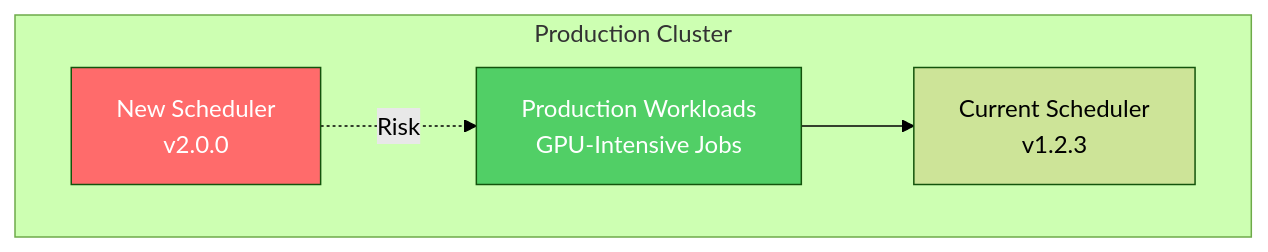
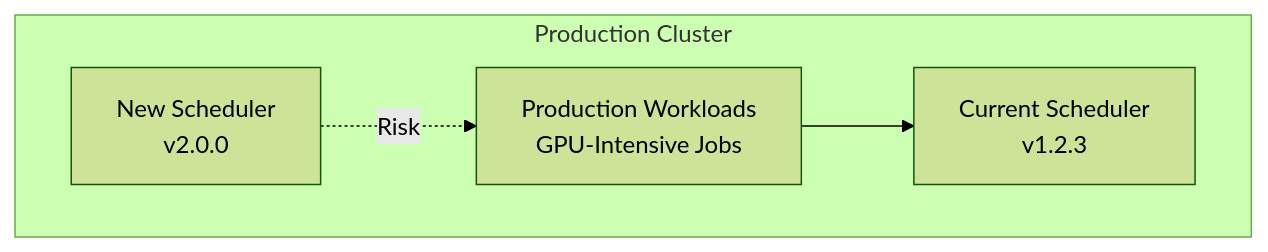
The second of 3 diagrams in kai-scheduler/presentation.md (Piotr1215/youtube), drawn with Mermaid (forest theme) before and after one commit. The commit also changed other lines of this file and 2 other files, not shown here.

Commit message:
kai: improve demo flow

````diff
--- a/kai-scheduler/presentation.md
+++ b/kai-scheduler/presentation.md
@@ -142,15 +156,12 @@
 ```mermaid +render
 graph TB
     subgraph "Production Cluster"
         PROD["Production Workloads<br/>GPU-Intensive Jobs"]
         SCHED["Current Scheduler<br/>v1.2.3"]
 
         NEWSCHED["New Scheduler<br/>v2.0.0"]
 
         PROD --> SCHED
         NEWSCHED -.-> |"Risk"| PROD
     end
-
-    style NEWSCHED fill:#ff6b6b,color:#fff
-    style PROD fill:#51cf66,color:#fff
 ```
````
